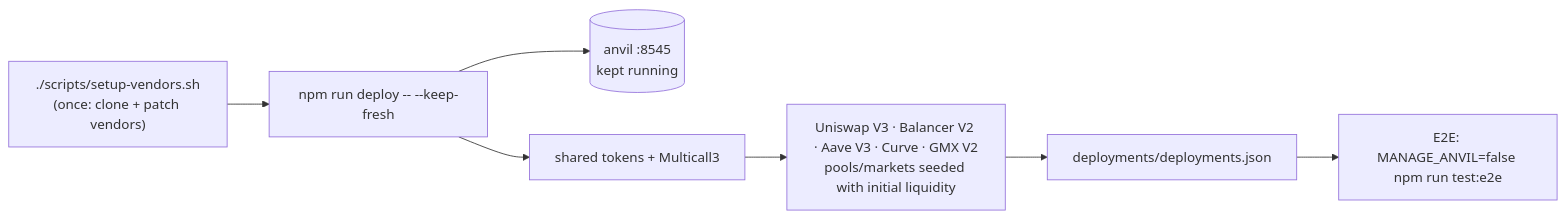
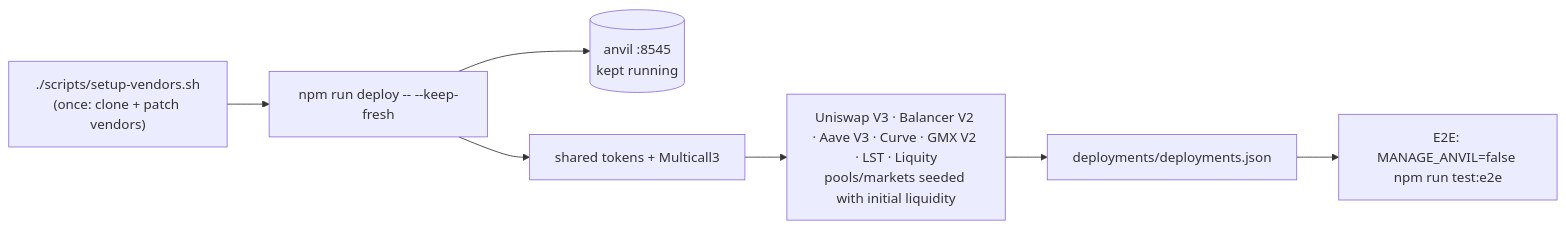
The diagram in deployer/README.md (NyxFoundation/eris-agent-simulator), drawn with Mermaid before and after one commit. The commit also changed other lines of this file and 13 other files, not shown here.

````diff
--- a/deployer/README.md
+++ b/deployer/README.md
@@ -50,9 +57,9 @@
 ```mermaid
 flowchart LR
   V["./scripts/setup-vendors.sh<br/>(once: clone + patch vendors)"] --> D["npm run deploy -- --keep-fresh"]
   D --> A[("anvil :8545<br/>kept running")]
   D --> T["shared tokens + Multicall3"]
-  T --> P["Uniswap V3 · Balancer V2 · Aave V3 · Curve · GMX V2<br/>pools/markets seeded with initial liquidity"]
+  T --> P["Uniswap V3 · Balancer V2 · Aave V3 · Curve · GMX V2 · LST · Liquity<br/>pools/markets seeded with initial liquidity"]
   P --> R["deployments/deployments.json"]
   R --> E["E2E: MANAGE_ANVIL=false npm run test:e2e"]
 ```
````
